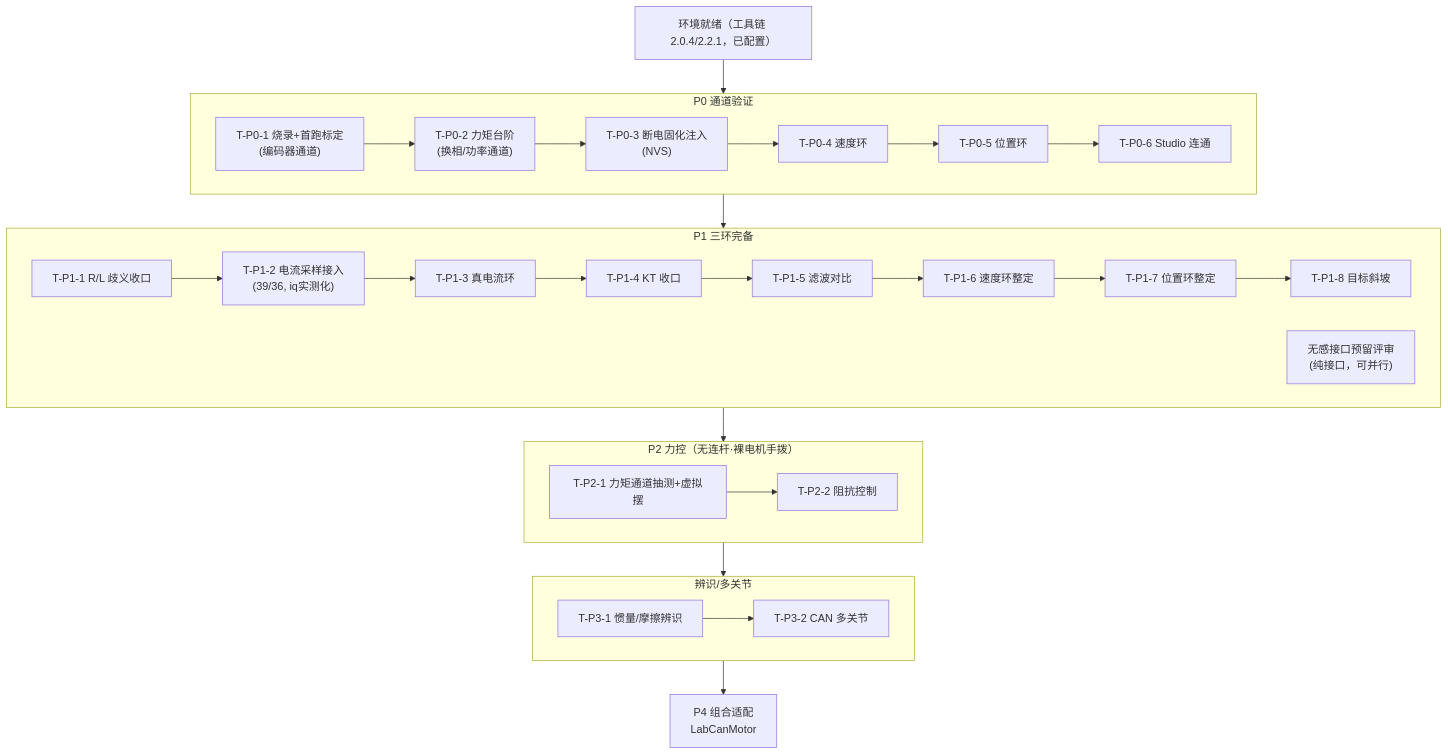
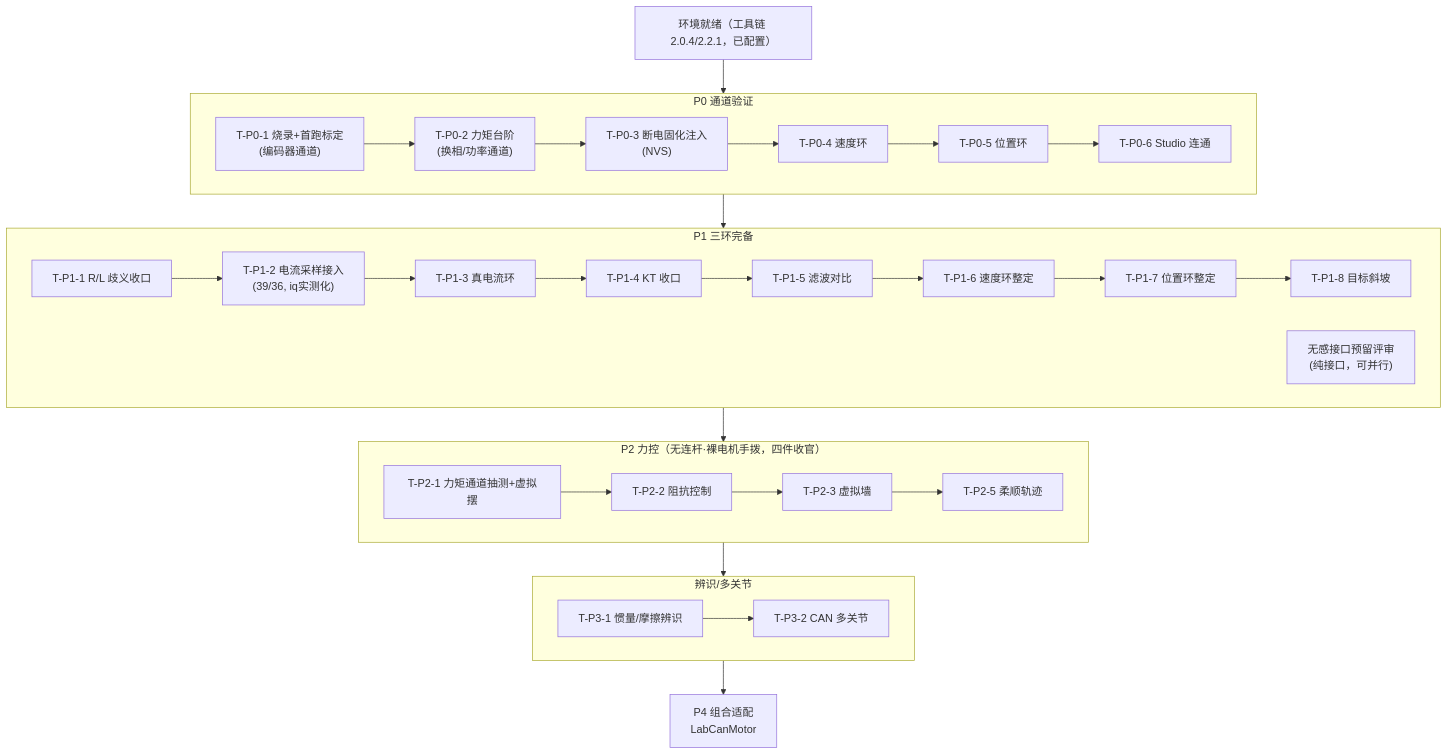
The diagram in docs/03_规格与计划/测试流程与顺序.md (geziang/FOC_suanfa), drawn with Mermaid before and after one commit. The commit also changed other lines of this file and 3 other files, not shown here.

````diff
--- a/docs/03_规格与计划/测试流程与顺序.md
+++ b/docs/03_规格与计划/测试流程与顺序.md
@@ -21,28 +21,30 @@
 ```mermaid
 flowchart TD
   ENV["环境就绪（工具链 2.0.4/2.2.1，已配置）"] --> P0
   subgraph P0["P0 通道验证"]
     A1["T-P0-1 烧录+首跑标定<br/>(编码器通道)"] --> A2["T-P0-2 力矩台阶<br/>(换相/功率通道)"]
     A2 --> A3["T-P0-3 断电固化注入<br/>(NVS)"]
     A3 --> A4["T-P0-4 速度环"]
     A4 --> A5["T-P0-5 位置环"]
     A5 --> A6["T-P0-6 Studio 连通"]
   end
   P0 --> P1
   subgraph P1["P1 三环完备"]
     B1["T-P1-1 R/L 歧义收口"] --> B2["T-P1-2 电流采样接入<br/>(39/36, iq实测化)"]
     B2 --> B3["T-P1-3 真电流环"] --> B4["T-P1-4 KT 收口"]
     B4 --> B5["T-P1-5 滤波对比"] --> B6["T-P1-6 速度环整定"]
     B6 --> B7["T-P1-7 位置环整定"] --> B8["T-P1-8 目标斜坡"]
     B0["无感接口预留评审<br/>(纯接口，可并行)"]
   end
   P1 --> P2
-  subgraph P2["P2 力控（无连杆·裸电机手拨）"]
+  subgraph P2["P2 力控（无连杆·裸电机手拨，四件收官）"]
     C1["T-P2-1 力矩通道抽测+虚拟摆"] --> C2["T-P2-2 阻抗控制"]
+    C2 --> C3["T-P2-3 虚拟墙"]
+    C3 --> C5["T-P2-5 柔顺轨迹"]
   end
   P2 --> P3
   subgraph P3["辨识/多关节"]
     D1["T-P3-1 惯量/摩擦辨识"] --> D2["T-P3-2 CAN 多关节"]
   end
   P3 --> P4["P4 组合适配<br/>LabCanMotor"]
 ```
````
